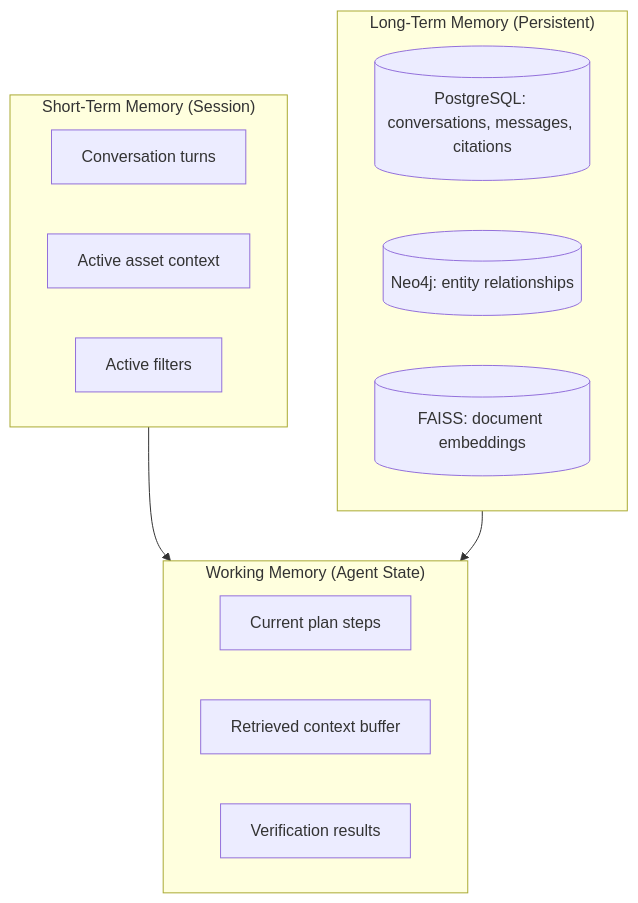
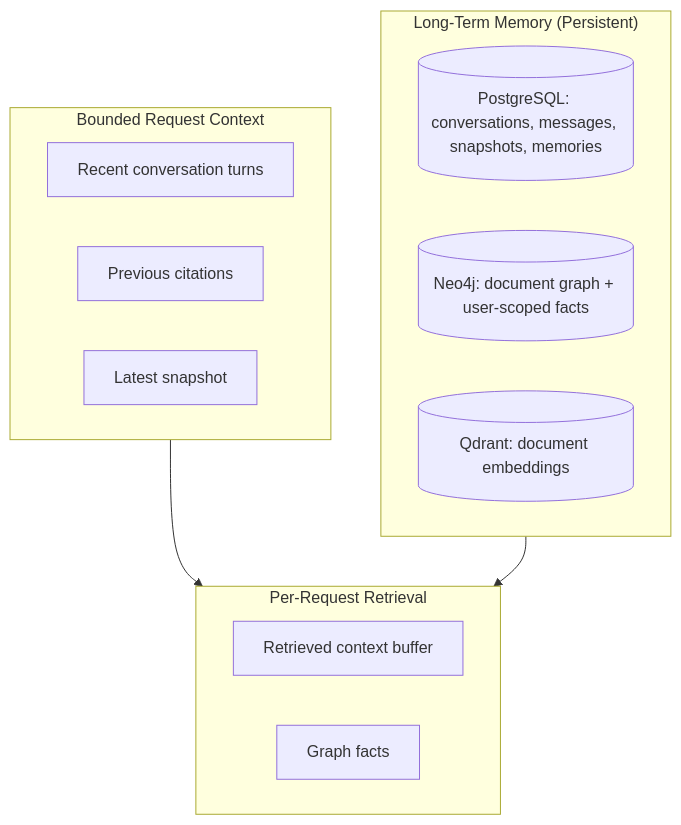
Before and after one commit to pratapVansh/TRACE: the tenth of 11 diagrams in docs/08_AI_ARCHITECTURE.md, drawn with Mermaid. The commit also changed other lines of this file and 60 other files, not shown here.

````diff
--- a/docs/08_AI_ARCHITECTURE.md
+++ b/docs/08_AI_ARCHITECTURE.md
@@ -385,20 +393,19 @@
 ```mermaid
 flowchart TB
-    subgraph ShortTerm["Short-Term Memory (Session)"]
-        CONV["Conversation turns"]
-        ASSET["Active asset context"]
-        FILT["Active filters"]
+    subgraph Request["Bounded Request Context"]
+        CONV["Recent conversation turns"]
+        EVIDENCE["Previous citations"]
+        SNAP["Latest snapshot"]
     end
     subgraph LongTerm["Long-Term Memory (Persistent)"]
-        PG[("PostgreSQL: conversations, messages, citations")]
-        NEO[("Neo4j: entity relationships")]
-        VEC[("FAISS: document embeddings")]
+        PG[("PostgreSQL: conversations, messages, snapshots, memories")]
+        NEO[("Neo4j: document graph + user-scoped facts")]
+        VEC[("Qdrant: document embeddings")]
     end
-    subgraph Working["Working Memory (Agent State)"]
-        PLAN["Current plan steps"]
+    subgraph Retrieval["Per-Request Retrieval"]
         RET["Retrieved context buffer"]
-        VERIFY["Verification results"]
+        GRAPH["Graph facts"]
     end
-    ShortTerm --> Working
-    LongTerm --> Working
+    Request --> Retrieval
+    LongTerm --> Retrieval
 ```
````
